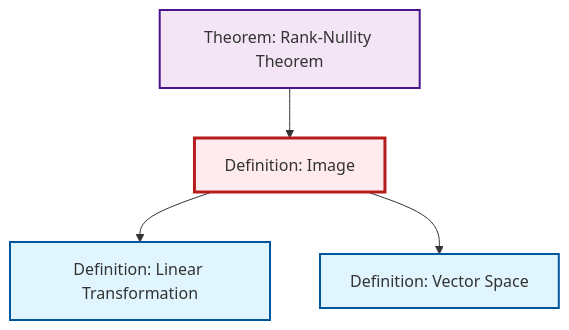
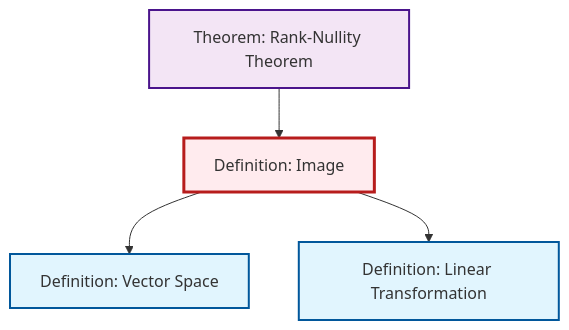
Before and after one commit to RK0429/ModernMath: the diagram in content/ja/algebra/def-image.qmd, drawn with Mermaid. The commit also changed other lines of this file and 417 other files, not shown here.

````diff
--- a/content/ja/algebra/def-image.qmd
+++ b/content/ja/algebra/def-image.qmd
@@ -55,20 +55,20 @@
 ```{mermaid}
 %%| fig-cap: "Local dependency graph"
 graph TD
     classDef definition fill:#e1f5fe,stroke:#01579b,stroke-width:2px
     classDef theorem fill:#f3e5f5,stroke:#4a148c,stroke-width:2px
     classDef axiom fill:#fff3e0,stroke:#e65100,stroke-width:2px
     classDef example fill:#e8f5e9,stroke:#1b5e20,stroke-width:2px
     classDef current fill:#ffebee,stroke:#b71c1c,stroke-width:3px
-    thm-rank-nullity["Theorem: Rank-Nullity Theorem"]:::theorem
+    def-image["Definition: Image"]:::definition
     def-vector-space["Definition: Vector Space"]:::definition
     def-linear-transformation["Definition: Linear Transformation"]:::definition
-    def-image["Definition: Image"]:::definition
+    thm-rank-nullity["Theorem: Rank-Nullity Theorem"]:::theorem
+    def-image --> def-vector-space
+    thm-rank-nullity --> def-image
     def-image --> def-linear-transformation
-    thm-rank-nullity --> def-image
-    def-image --> def-vector-space
     class def-image current
-    click thm-rank-nullity "thm-rank-nullity.html" "Theorem: Rank-Nullity Theoremへ"
     click def-vector-space "def-vector-space.html" "Definition: Vector Spaceへ"
     click def-linear-transformation "def-linear-transformation.html" "Definition: Linear Transformationへ"
+    click thm-rank-nullity "thm-rank-nullity.html" "Theorem: Rank-Nullity Theoremへ"
 ```
````
